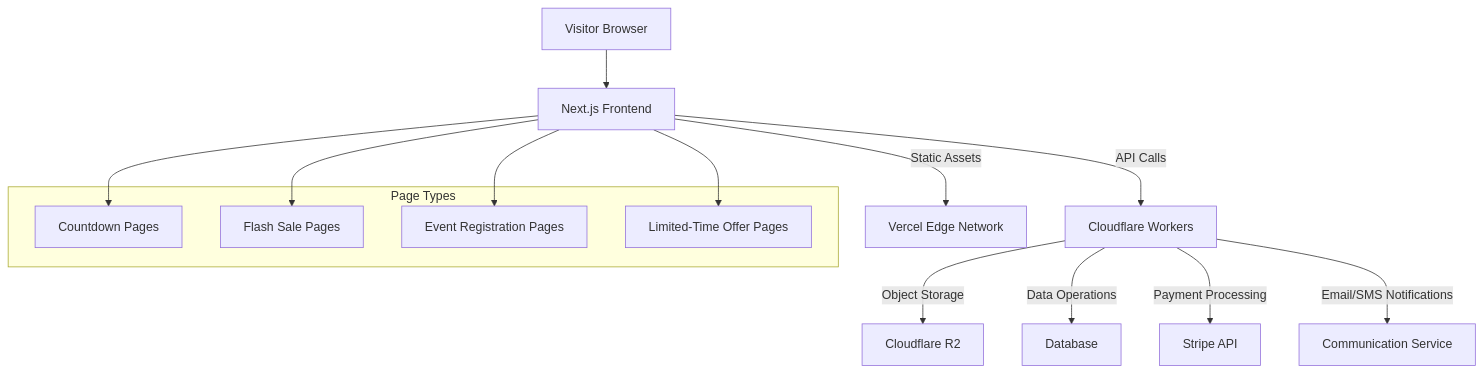
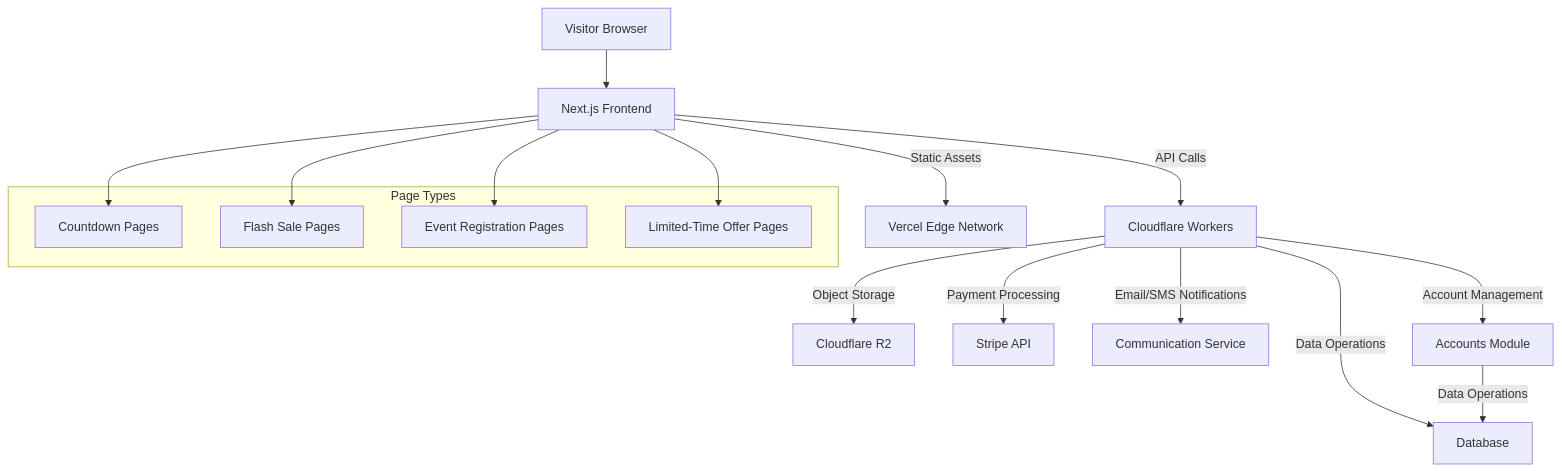
One commit to hkrickybjjdev/digital-sales-monorepo changed the first of 2 diagrams in docs/architecture.md. Above: the diagram before and after it, drawn with Mermaid. The commit also changed other lines of this file and 2 other files, not shown here.

Commit message:
Enhance architecture and development roadmap documentation to include accounts management, role-based access control, and organization structures. Update UI/UX specifications to reflect organization and subscription management flows.

````diff
--- a/docs/architecture.md
+++ b/docs/architecture.md
@@ -59,22 +63,25 @@
 ```mermaid
 graph TD
     A[Visitor Browser] --> B[Next.js Frontend]
     B -- API Calls --> C[Cloudflare Workers]
     C -- Object Storage --> D[Cloudflare R2]
     C -- Data Operations --> E[Database]
     C -- Payment Processing --> F[Stripe API]
     B -- Static Assets --> G[Vercel Edge Network]
     C -- Email/SMS Notifications --> H[Communication Service]
     
     subgraph "Page Types"
     I[Countdown Pages]
     J[Flash Sale Pages]
     K[Event Registration Pages]
     L[Limited-Time Offer Pages]
     end
     
     B --> I
     B --> J
     B --> K
     B --> L
+
+    C -- Account Management --> M[Accounts Module]
+    M -- Data Operations --> E
 ```
````
